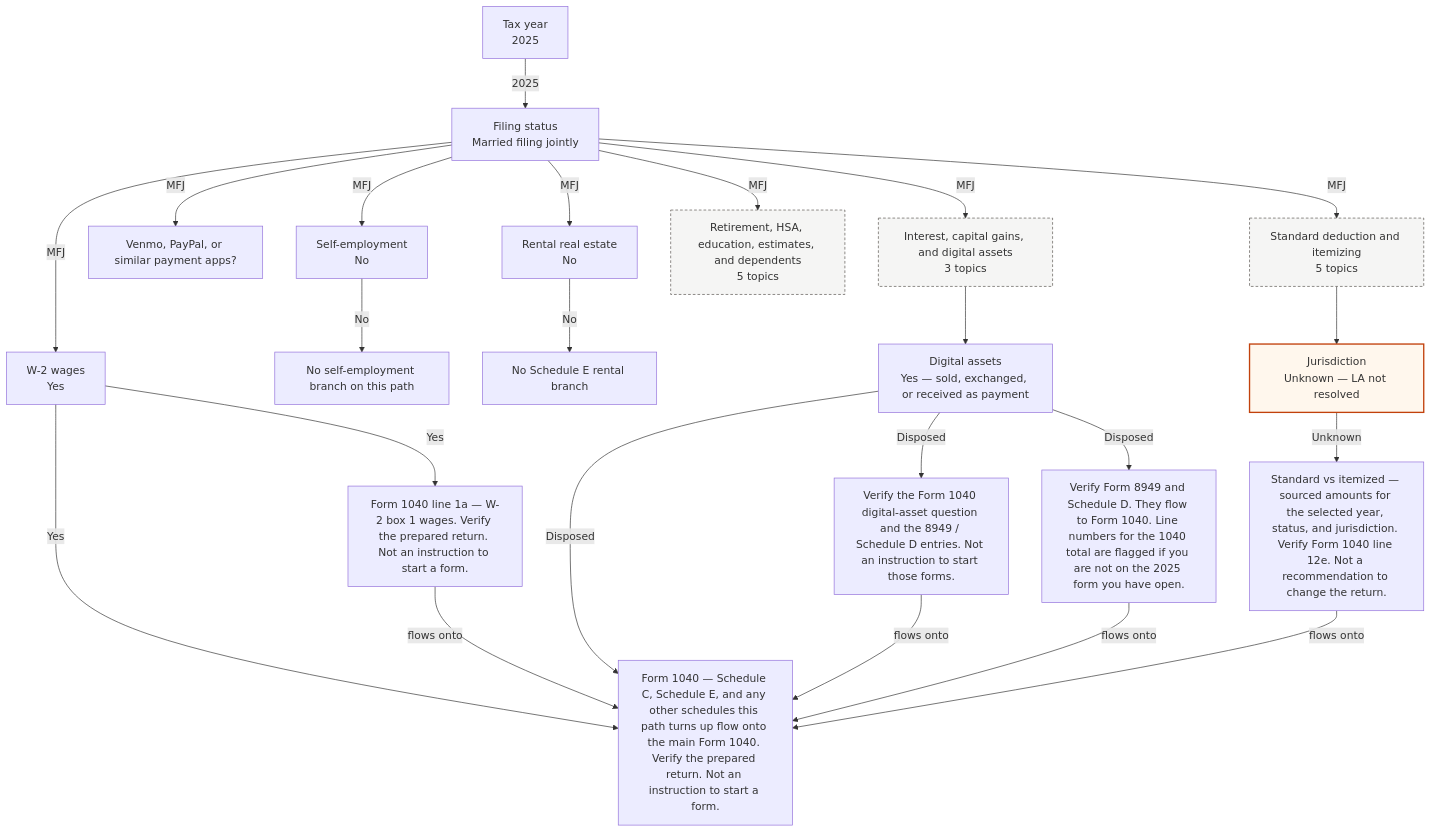
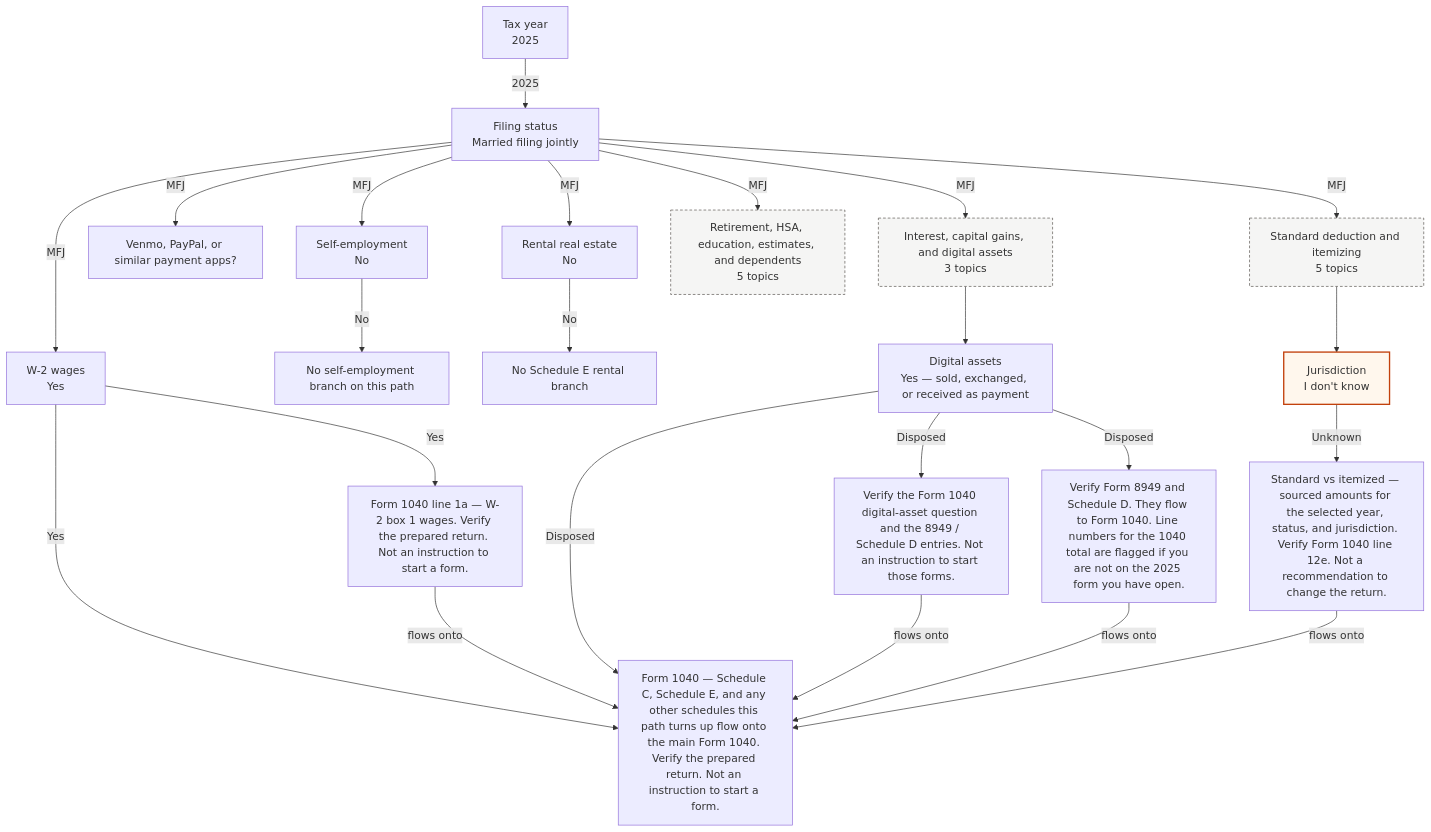
Before and after one commit to Siphon880gh/taxes: the third of 3 diagrams in docs/DECISION_GRAPH.md, drawn with Mermaid. The commit also changed other lines of this file and 3 other files, not shown here.

````diff
--- a/docs/DECISION_GRAPH.md
+++ b/docs/DECISION_GRAPH.md
@@ -1469,47 +1469,47 @@
 ```mermaid
 flowchart TD
   year["Tax year<br/>2025"]
   filing_status["Filing status<br/>Married filing jointly"]
   w2["W-2 wages<br/>Yes"]
   check_w2["Form 1040 line 1a — W-2 box 1 wages. Verify the prepared return. Not an instruction to start a form."]
   form_1040["Form 1040 — Schedule C, Schedule E, and any other schedules this path turns up flow onto the main Form 1040. Verify the prepared return. Not an instruction to start a form."]
   se["Self-employment<br/>No"]
   note_se_no["No self-employment branch on this path"]
   payapps["Venmo, PayPal, or similar payment apps?"]
   rental["Rental real estate<br/>No"]
   note_rental_no["No Schedule E rental branch"]
   group_filing_status_invest["Interest, capital gains, and digital assets<br/>3 topics"]
   crypto["Digital assets<br/>Yes — sold, exchanged, or received as payment"]
   check_crypto["Verify the Form 1040 digital-asset question and the 8949 / Schedule D entries. Not an instruction to start those forms."]
   check_capgain["Verify Form 8949 and Schedule D. They flow to Form 1040. Line numbers for the 1040 total are flagged if you are not on the 2025 form you have open."]
   group_filing_status_other["Retirement, HSA, education, estimates, and dependents<br/>5 topics"]
   group_filing_status_deductions["Standard deduction and itemizing<br/>5 topics"]
-  jurisdiction["Jurisdiction<br/>Unknown — LA not resolved"]
+  jurisdiction["Jurisdiction<br/>I don't know"]
   deduction_result["Standard vs itemized — sourced amounts for the selected year, status, and jurisdiction. Verify Form 1040 line 12e. Not a recommendation to change the return."]
   year -->|"2025"| filing_status
   filing_status -->|"MFJ"| w2
   filing_status -->|"MFJ"| se
   filing_status -->|"MFJ"| payapps
   filing_status -->|"MFJ"| rental
   w2 -->|"Yes"| check_w2
   w2 -->|"Yes"| form_1040
   check_w2 -->|"flows onto"| form_1040
   se -->|"No"| note_se_no
   rental -->|"No"| note_rental_no
   crypto -->|"Disposed"| check_crypto
   crypto -->|"Disposed"| check_capgain
   crypto -->|"Disposed"| form_1040
   check_crypto -->|"flows onto"| form_1040
   check_capgain -->|"flows onto"| form_1040
   jurisdiction -->|"Unknown"| deduction_result
   deduction_result -->|"flows onto"| form_1040
   filing_status -->|"MFJ"| group_filing_status_invest
   group_filing_status_invest --> crypto
   filing_status -->|"MFJ"| group_filing_status_other
   filing_status -->|"MFJ"| group_filing_status_deductions
   group_filing_status_deductions --> jurisdiction
   classDef unknown fill:#fff7ed,stroke:#c2410c,stroke-width:2px
   class jurisdiction unknown
   classDef cluster fill:#f5f5f4,stroke:#57534e,stroke-dasharray:4 3
   class group_filing_status_invest,group_filing_status_other,group_filing_status_deductions cluster
 ```
````
